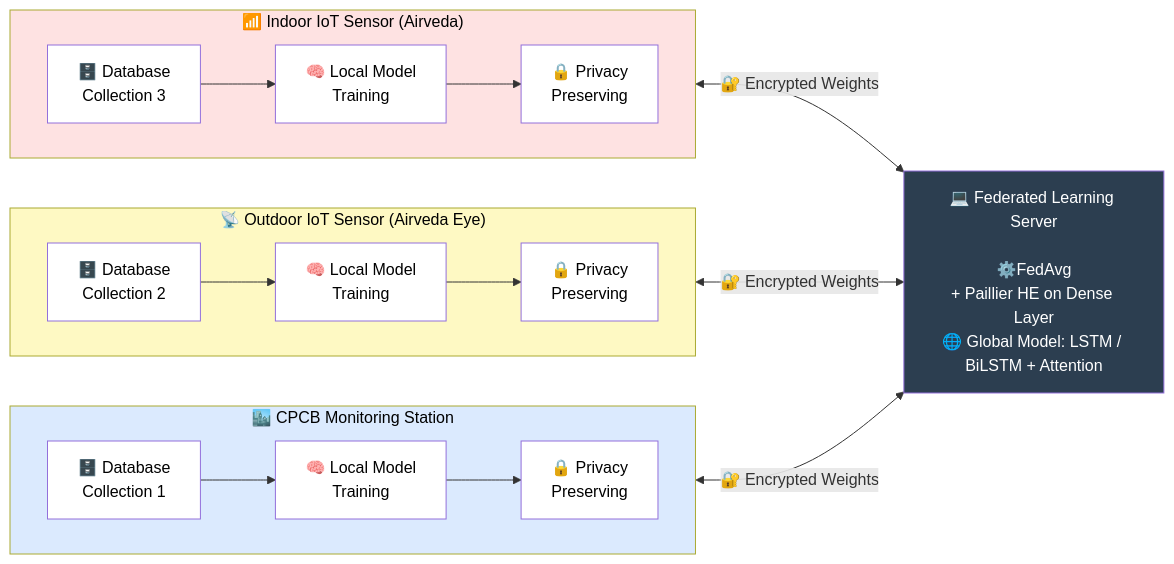
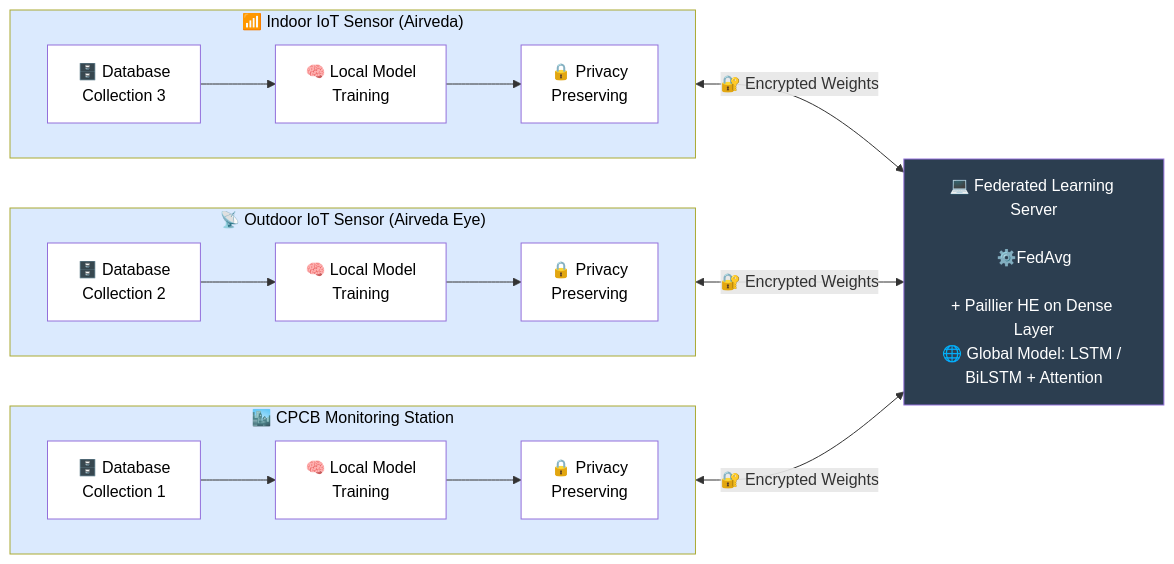
One commit to manpreet-singh-aiml/AQI-JALANDHAR changed the diagram in README.md. Above: the diagram before and after it, drawn with Mermaid. The commit also changed other lines of this file, not shown here.

````diff
--- a/README.md
+++ b/README.md
@@ -39,37 +39,40 @@
 ```mermaid
 graph LR
     subgraph C1["🏙️ CPCB Monitoring Station"]
         direction LR
         DB1["🗄️ Database<br/>Collection 1"] --> LT1["🧠 Local Model<br/>Training"] --> PP1["🔒 Privacy<br/>Preserving"]
     end
 
     subgraph C2["📡 Outdoor IoT Sensor (Airveda Eye)"]
         direction LR
         DB2["🗄️ Database<br/>Collection 2"] --> LT2["🧠 Local Model<br/>Training"] --> PP2["🔒 Privacy<br/>Preserving"]
     end
 
     subgraph C3["📶 Indoor IoT Sensor (Airveda)"]
         direction LR
         DB3["🗄️ Database<br/>Collection 3"] --> LT3["🧠 Local Model<br/>Training"] --> PP3["🔒 Privacy<br/>Preserving"]
     end
 
     PP1 <-->|🔐 Encrypted Weights| FLS
     PP2 <-->|🔐 Encrypted Weights| FLS
     PP3 <-->|🔐 Encrypted Weights| FLS
 
-    FLS["💻 Federated Learning Server<br/><br/>⚙️FedAvg<br/>+ Paillier HE on Dense Layer<br/>🌐 Global Model: LSTM / BiLSTM + Attention"]
+    FLS["💻 Federated Learning Server<br/><br/>⚙️FedAvg<br/><br>+ Paillier HE on Dense Layer<br/>🌐 Global Model: LSTM / BiLSTM + Attention"]
+
+    classDef clientBox font-size:20px,font-weight:bold;
+    class C1,C2,C3 clientBox
 
     style FLS fill:#2c3e50,color:#fff
     style C1 fill:#dbeafe,color:#000
-    style C2 fill:#fef9c3,color:#000
-    style C3 fill:#fee2e2,color:#000
+    style C2 fill:#dbeafe,color:#000
+    style C3 fill:#dbeafe,color:#000
     style DB1 fill:#fff,color:#000
     style LT1 fill:#fff,color:#000
     style PP1 fill:#fff,color:#000
     style DB2 fill:#fff,color:#000
     style LT2 fill:#fff,color:#000
     style PP2 fill:#fff,color:#000
     style DB3 fill:#fff,color:#000
     style LT3 fill:#fff,color:#000
     style PP3 fill:#fff,color:#000
 ```
````
